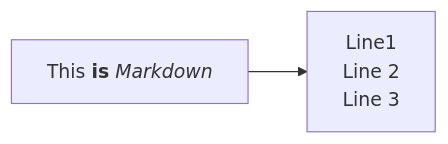
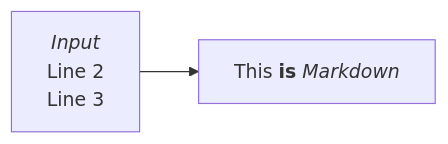
The third of 3 diagrams in docs/20250307 Thesis (PRACH Attack Problem Definition).md (bmw-ece-ntust/wilfrid-prach-attack-analysis), drawn with Mermaid before and after one commit.

Commit message:
Update 20250307 Thesis (PRACH Attack Problem Definition).md

````diff
--- a/docs/20250307 Thesis (PRACH Attack Problem Definition).md
+++ b/docs/20250307 Thesis (PRACH Attack Problem Definition).md
@@ -178,8 +178,8 @@
 ```mermaid
 flowchart LR
     markdown["`This **is** _Markdown_`"]
-    newLines["`Line1
+    input["`*Input*
     Line 2
     Line 3`"]
-    markdown --> newLines
+    input --> markdown
 ```
````
